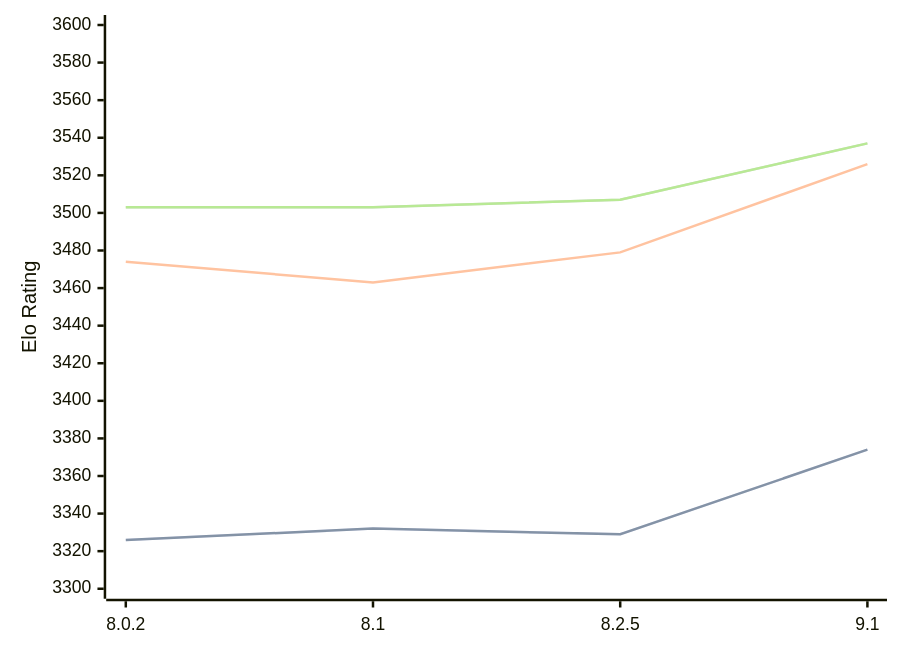
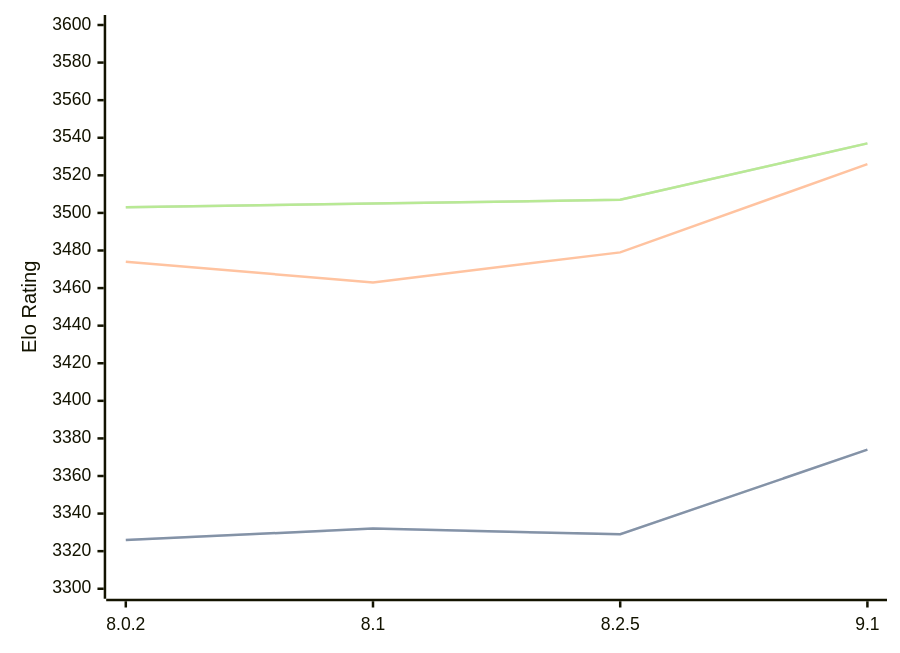
The diagram in engines/Clover.md (computer-chess-index/cci), drawn with Mermaid before and after one commit. The commit also changed other lines of this file, not shown here.

Commit message:
Update CCI Ratings (ELO VLTC) - 2026-08-17

````diff
--- a/engines/Clover.md
+++ b/engines/Clover.md
@@ -35,11 +35,11 @@
 ```mermaid
 %%{init: {"theme":"base","themeVariables":{"seriesColors:['#a3a3a3','#222221','#faa371']}}}%%
 xychart-beta
   x-axis ["8.0.2", "8.1", "8.2.5", "9.1"]
   y-axis "Elo Rating" 3300 --> 3600
   line "STC (8.0+0.08s)" [3326, 3332, 3329, 3374]
   line "STC (8.0+0.08s)" [3326, 3332, 3329, 3374]
   line "LTC (60.0+0.60s)" [3474, 3463, 3479, 3526]
-  line "VLTC (2m24s+1.12s)" [3503, 3503, 3507, 3537]
-  line "VLTC (2m24s+1.12s)" [3503, 3503, 3507, 3537]
+  line "VLTC (2m24s+1.12s)" [3503, 3505, 3507, 3537]
+  line "VLTC (2m24s+1.12s)" [3503, 3505, 3507, 3537]
 ```
````
